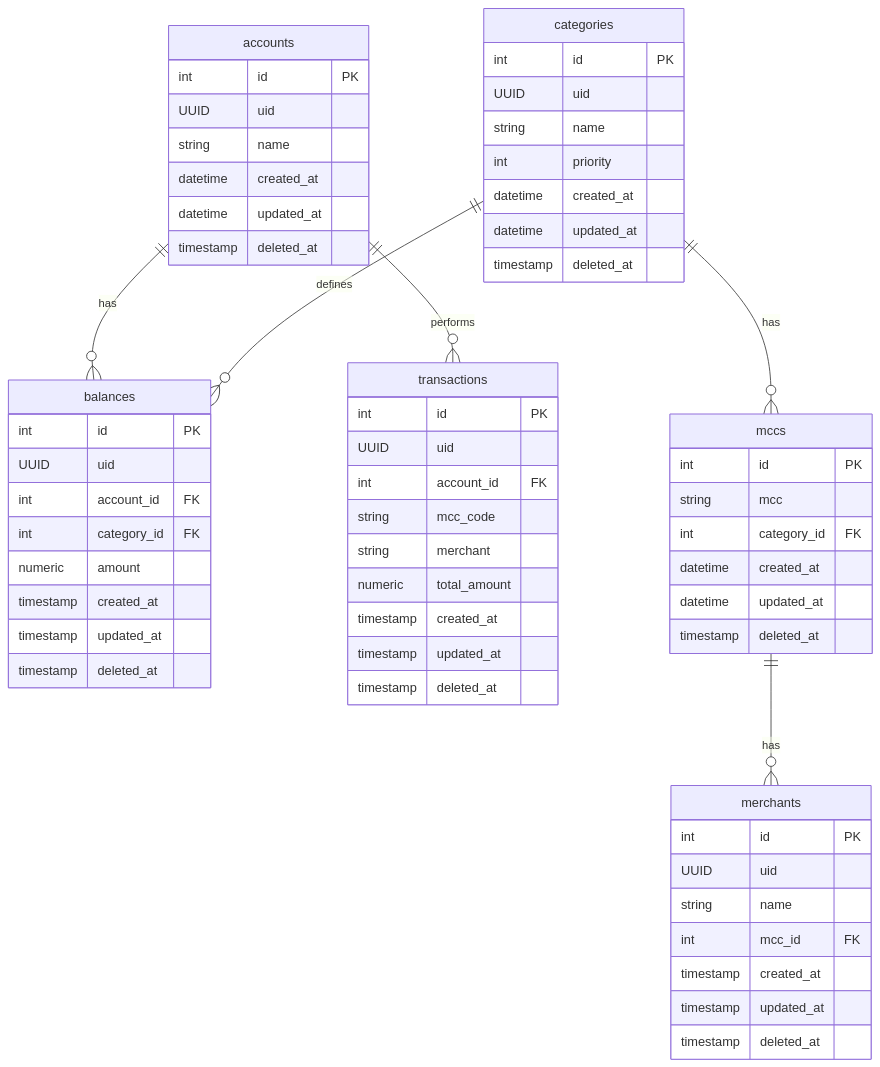
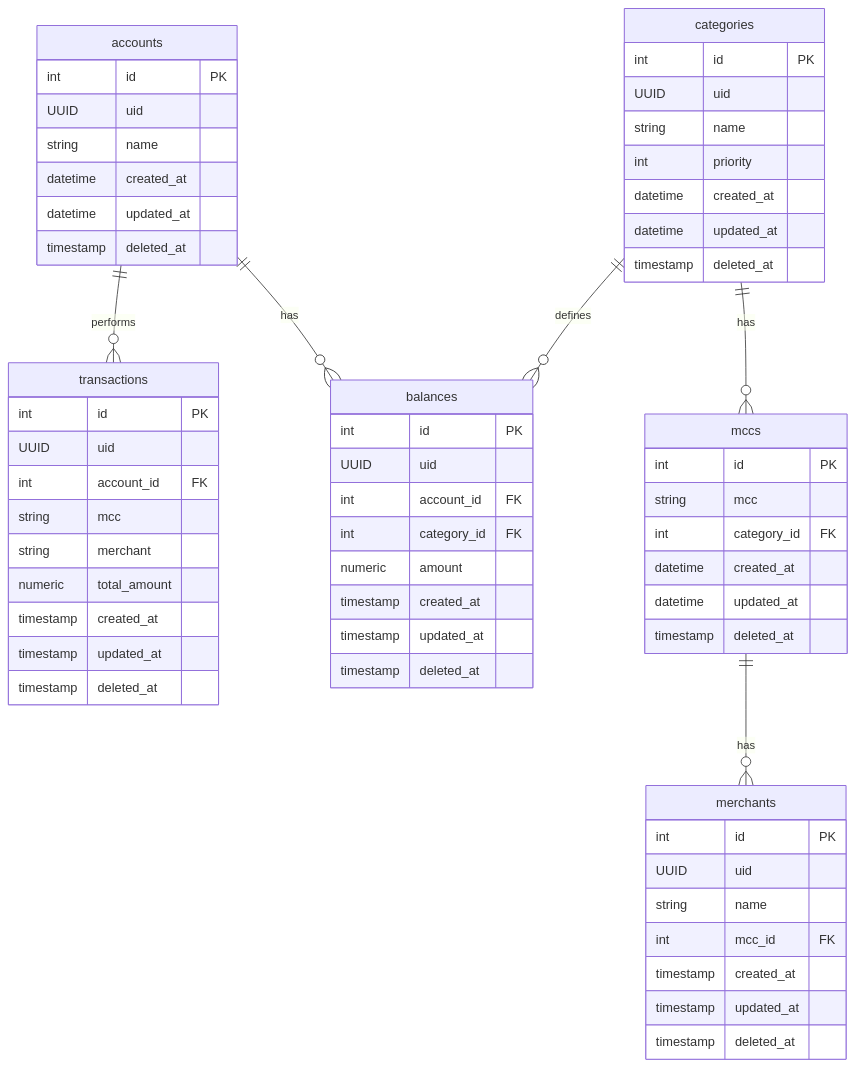
Before and after one commit to marciovmartins/jtonynet-go-payments-api: the second of 3 diagrams in README.md, drawn with Mermaid. The commit also changed other lines of this file and 13 other files, not shown here.

````diff
--- a/README.md
+++ b/README.md
@@ -457,71 +479,72 @@
 ```mermaid
 erDiagram
     accounts {
         int id PK
         UUID uid
         string name
         datetime created_at
         datetime updated_at
         timestamp deleted_at
     }
 
     balances {
         int id PK
         UUID uid
         int account_id FK
         int category_id FK
         numeric amount
         timestamp created_at
         timestamp updated_at
         timestamp deleted_at
     }
 
     transactions {
         int id PK
         UUID uid
         int account_id FK
-        string mcc_code
+        string mcc
         string merchant
         numeric total_amount
         timestamp created_at
         timestamp updated_at
         timestamp deleted_at
     }
     
     merchants {
         int id PK
         UUID uid
         string name
         int mcc_id FK
         timestamp created_at
         timestamp updated_at
         timestamp deleted_at
     }
 
    mccs {
         int id PK
         string mcc
         int category_id FK
         datetime created_at
         datetime updated_at
         timestamp deleted_at
     }
 
     categories {
         int id PK
         UUID uid
         string name
         int priority
         datetime created_at
         datetime updated_at
         timestamp deleted_at
     }
 
-    accounts ||--o{ balances : has
+    categories ||--o{ balances : defines
     accounts ||--o{ transactions : performs
     categories ||--o{ mccs : has
+    accounts ||--o{ balances : has
     mccs ||--o{ merchants : has
-    categories ||--o{ balances : defines
+    
 
     
 ```
````
